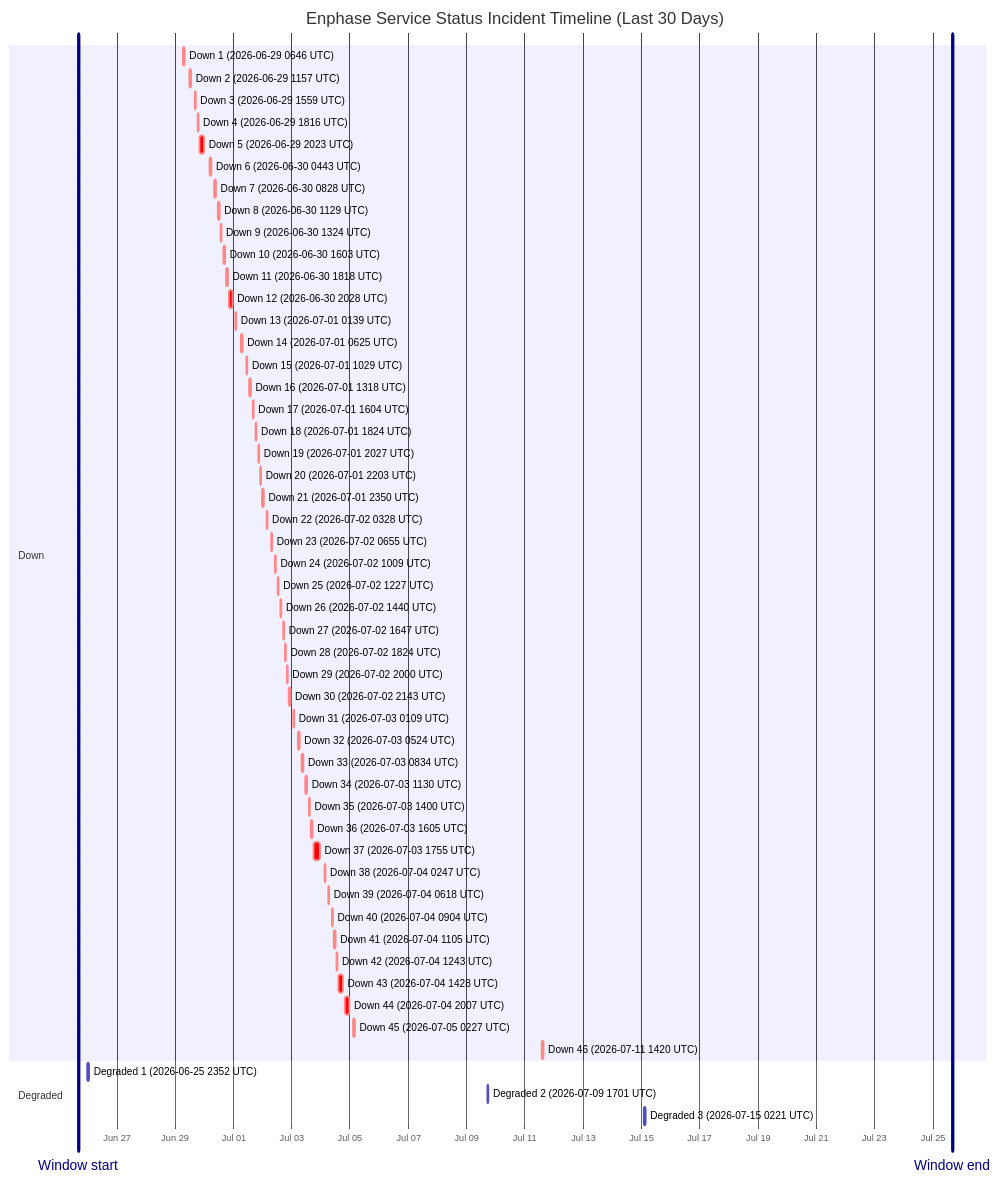
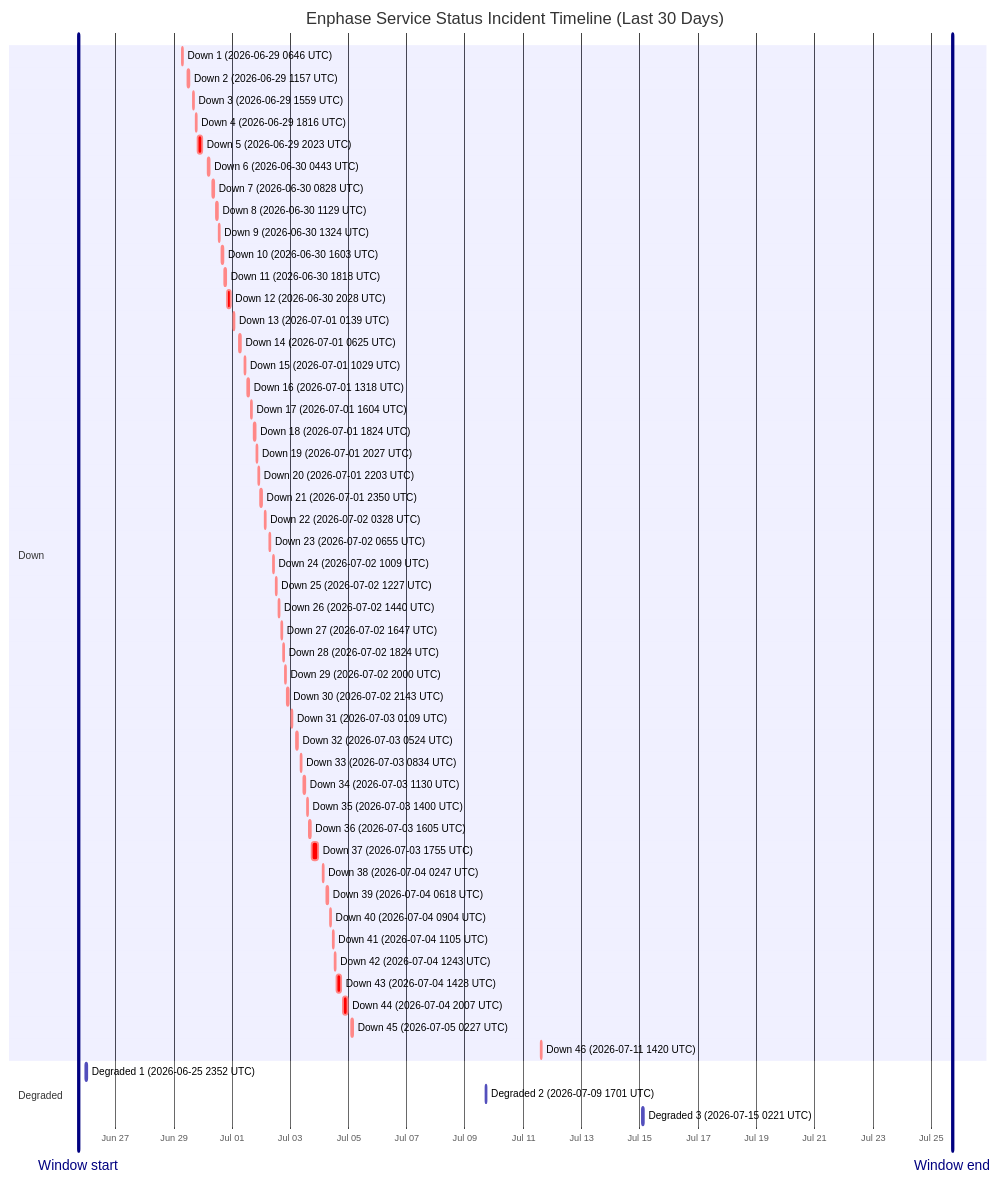
One commit to barneyonline/ha-enphase-energy changed the diagram in wiki/Service-Status-History.md. Above: the diagram before and after it, drawn with Mermaid. The commit also changed other lines of this file and 3 other files, not shown here.

````diff
--- a/wiki/Service-Status-History.md
+++ b/wiki/Service-Status-History.md
@@ -14,59 +14,59 @@
 ```mermaid
 gantt
     title Enphase Service Status Incident Timeline (Last 30 Days)
     dateFormat  YYYY-MM-DDTHH:mm:ss
     axisFormat  %b %d
-    Window start :vert, window-start, 2026-06-25T16:02:34, 0ms
-    Window end :vert, window-end, 2026-07-25T16:02:34, 0ms
+    Window start :vert, window-start, 2026-06-25T17:29:36, 0ms
+    Window end :vert, window-end, 2026-07-25T17:29:36, 0ms
     section Down
     Down 1 (2026-06-29 0646 UTC) :crit, down-1, 2026-06-29T06:46:18, 60m
     Down 2 (2026-06-29 1157 UTC) :crit, down-2, 2026-06-29T11:57:36, 60m
     Down 3 (2026-06-29 1559 UTC) :crit, down-3, 2026-06-29T15:59:02, 60m
     Down 4 (2026-06-29 1816 UTC) :crit, down-4, 2026-06-29T18:16:38, 60m
     Down 5 (2026-06-29 2023 UTC) :crit, down-5, 2026-06-29T20:23:16, 220m
     Down 6 (2026-06-30 0443 UTC) :crit, down-6, 2026-06-30T04:43:54, 60m
     Down 7 (2026-06-30 0828 UTC) :crit, down-7, 2026-06-30T08:28:43, 60m
     Down 8 (2026-06-30 1129 UTC) :crit, down-8, 2026-06-30T11:29:15, 60m
     Down 9 (2026-06-30 1324 UTC) :crit, down-9, 2026-06-30T13:24:25, 60m
     Down 10 (2026-06-30 1603 UTC) :crit, down-10, 2026-06-30T16:03:26, 60m
     Down 11 (2026-06-30 1818 UTC) :crit, down-11, 2026-06-30T18:18:39, 60m
     Down 12 (2026-06-30 2028 UTC) :crit, down-12, 2026-06-30T20:28:54, 171m
     Down 13 (2026-07-01 0139 UTC) :crit, down-13, 2026-07-01T01:39:18, 60m
     Down 14 (2026-07-01 0625 UTC) :crit, down-14, 2026-07-01T06:25:35, 60m
     Down 15 (2026-07-01 1029 UTC) :crit, down-15, 2026-07-01T10:29:24, 60m
     Down 16 (2026-07-01 1318 UTC) :crit, down-16, 2026-07-01T13:18:31, 60m
     Down 17 (2026-07-01 1604 UTC) :crit, down-17, 2026-07-01T16:04:29, 60m
     Down 18 (2026-07-01 1824 UTC) :crit, down-18, 2026-07-01T18:24:21, 60m
     Down 19 (2026-07-01 2027 UTC) :crit, down-19, 2026-07-01T20:27:17, 60m
     Down 20 (2026-07-01 2203 UTC) :crit, down-20, 2026-07-01T22:03:46, 60m
     Down 21 (2026-07-01 2350 UTC) :crit, down-21, 2026-07-01T23:50:52, 60m
     Down 22 (2026-07-02 0328 UTC) :crit, down-22, 2026-07-02T03:28:33, 60m
     Down 23 (2026-07-02 0655 UTC) :crit, down-23, 2026-07-02T06:55:07, 60m
     Down 24 (2026-07-02 1009 UTC) :crit, down-24, 2026-07-02T10:09:15, 60m
     Down 25 (2026-07-02 1227 UTC) :crit, down-25, 2026-07-02T12:27:49, 60m
     Down 26 (2026-07-02 1440 UTC) :crit, down-26, 2026-07-02T14:40:53, 60m
     Down 27 (2026-07-02 1647 UTC) :crit, down-27, 2026-07-02T16:47:47, 60m
     Down 28 (2026-07-02 1824 UTC) :crit, down-28, 2026-07-02T18:24:26, 60m
     Down 29 (2026-07-02 2000 UTC) :crit, down-29, 2026-07-02T20:00:57, 60m
     Down 30 (2026-07-02 2143 UTC) :crit, down-30, 2026-07-02T21:43:52, 80m
     Down 31 (2026-07-03 0109 UTC) :crit, down-31, 2026-07-03T01:09:19, 60m
     Down 32 (2026-07-03 0524 UTC) :crit, down-32, 2026-07-03T05:24:23, 60m
     Down 33 (2026-07-03 0834 UTC) :crit, down-33, 2026-07-03T08:34:05, 60m
     Down 34 (2026-07-03 1130 UTC) :crit, down-34, 2026-07-03T11:30:41, 60m
     Down 35 (2026-07-03 1400 UTC) :crit, down-35, 2026-07-03T14:00:48, 60m
     Down 36 (2026-07-03 1605 UTC) :crit, down-36, 2026-07-03T16:05:49, 60m
     Down 37 (2026-07-03 1755 UTC) :crit, down-37, 2026-07-03T17:55:54, 338m
     Down 38 (2026-07-04 0247 UTC) :crit, down-38, 2026-07-04T02:47:22, 60m
     Down 39 (2026-07-04 0618 UTC) :crit, down-39, 2026-07-04T06:18:09, 60m
     Down 40 (2026-07-04 0904 UTC) :crit, down-40, 2026-07-04T09:04:41, 60m
     Down 41 (2026-07-04 1105 UTC) :crit, down-41, 2026-07-04T11:05:21, 60m
     Down 42 (2026-07-04 1243 UTC) :crit, down-42, 2026-07-04T12:43:25, 60m
     Down 43 (2026-07-04 1428 UTC) :crit, down-43, 2026-07-04T14:28:07, 243m
     Down 44 (2026-07-04 2007 UTC) :crit, down-44, 2026-07-04T20:07:50, 206m
     Down 45 (2026-07-05 0227 UTC) :crit, down-45, 2026-07-05T02:27:32, 109m
     Down 46 (2026-07-11 1420 UTC) :crit, down-46, 2026-07-11T14:20:54, 69m
     section Degraded
     Degraded 1 (2026-06-25 2352 UTC) :active, degraded-1, 2026-06-25T23:52:01, 60m
     Degraded 2 (2026-07-09 1701 UTC) :active, degraded-2, 2026-07-09T17:01:02, 60m
     Degraded 3 (2026-07-15 0221 UTC) :active, degraded-3, 2026-07-15T02:21:35, 60m
 ```
````
